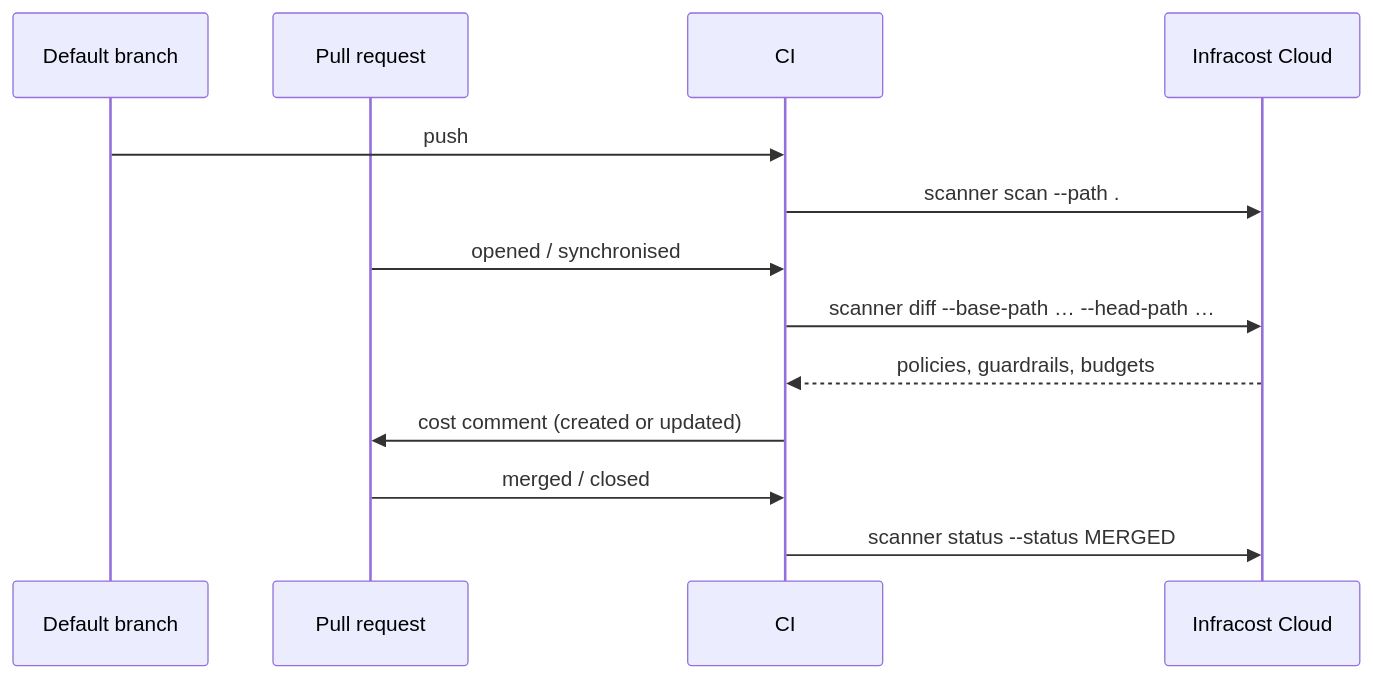
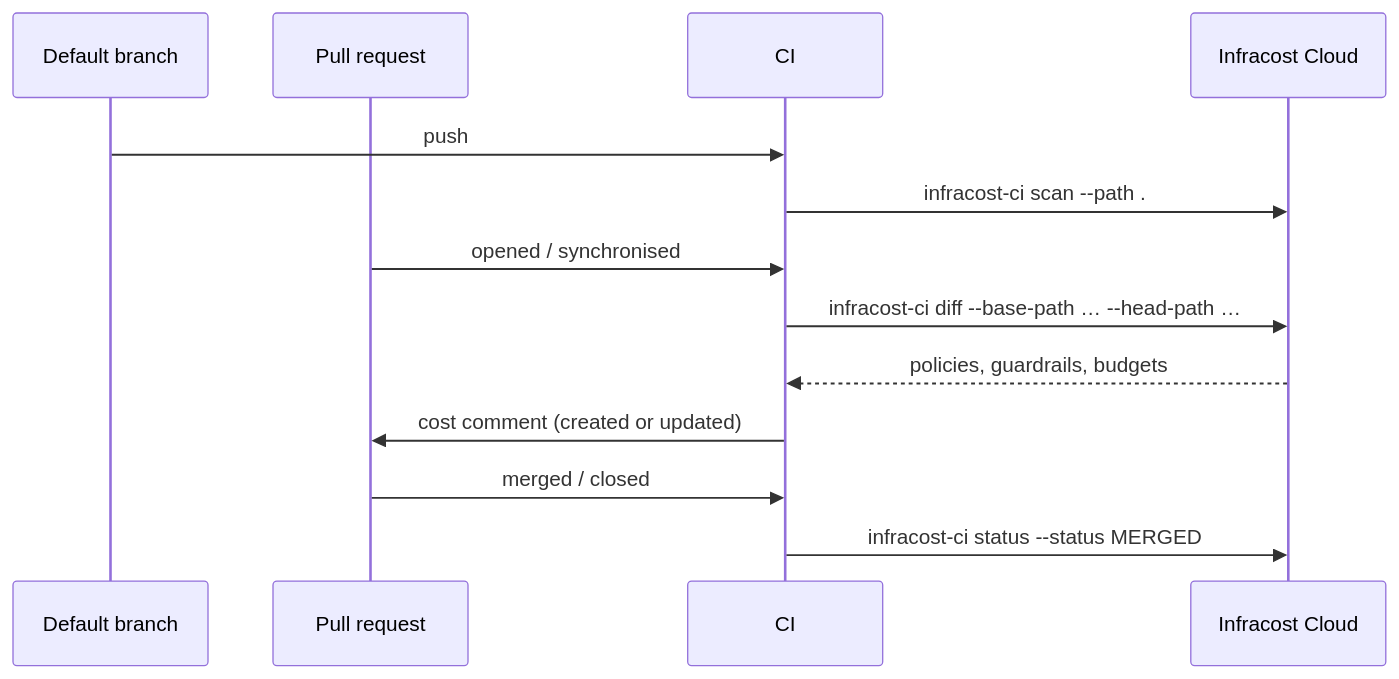
Before and after one commit to infracost/ci: the second of 2 diagrams in README.md, drawn with Mermaid. The commit also changed other lines of this file and 8 other files, not shown here.

Commit message:
feat(branding): rename scanner to infracost-ci (#19)

````diff
--- a/README.md
+++ b/README.md
@@ -34,15 +34,15 @@
 ```mermaid
 sequenceDiagram
     participant Repo as Default branch
     participant PR as Pull request
     participant CI
     participant Cloud as Infracost Cloud
     Repo->>CI: push
-    CI->>Cloud: scanner scan --path .
+    CI->>Cloud: infracost-ci scan --path .
     PR->>CI: opened / synchronised
-    CI->>Cloud: scanner diff --base-path … --head-path …
+    CI->>Cloud: infracost-ci diff --base-path … --head-path …
     Cloud-->>CI: policies, guardrails, budgets
     CI->>PR: cost comment (created or updated)
     PR->>CI: merged / closed
-    CI->>Cloud: scanner status --status MERGED
+    CI->>Cloud: infracost-ci status --status MERGED
 ```
````
